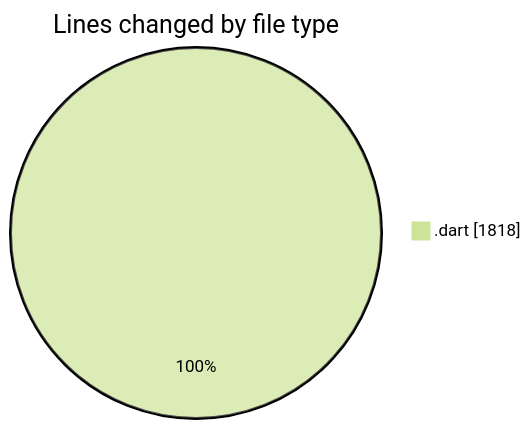
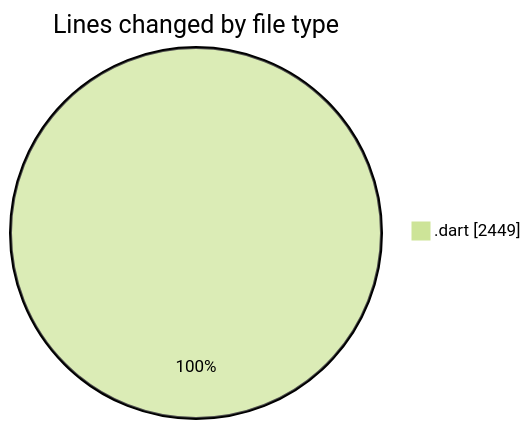
The first of 2 diagrams in 2025-08-16/studybuddy/README.md (lephambinh05/code-tracking), drawn with Mermaid (forest theme) before and after one commit. The commit also changed other lines of this file and 1 other file, not shown here.

````diff
--- a/2025-08-16/studybuddy/README.md
+++ b/2025-08-16/studybuddy/README.md
@@ -23,5 +26,5 @@
 ```mermaid
 pie showData
 title Lines changed by file type
-".dart" : 1818
+".dart" : 2449
 ```
````
